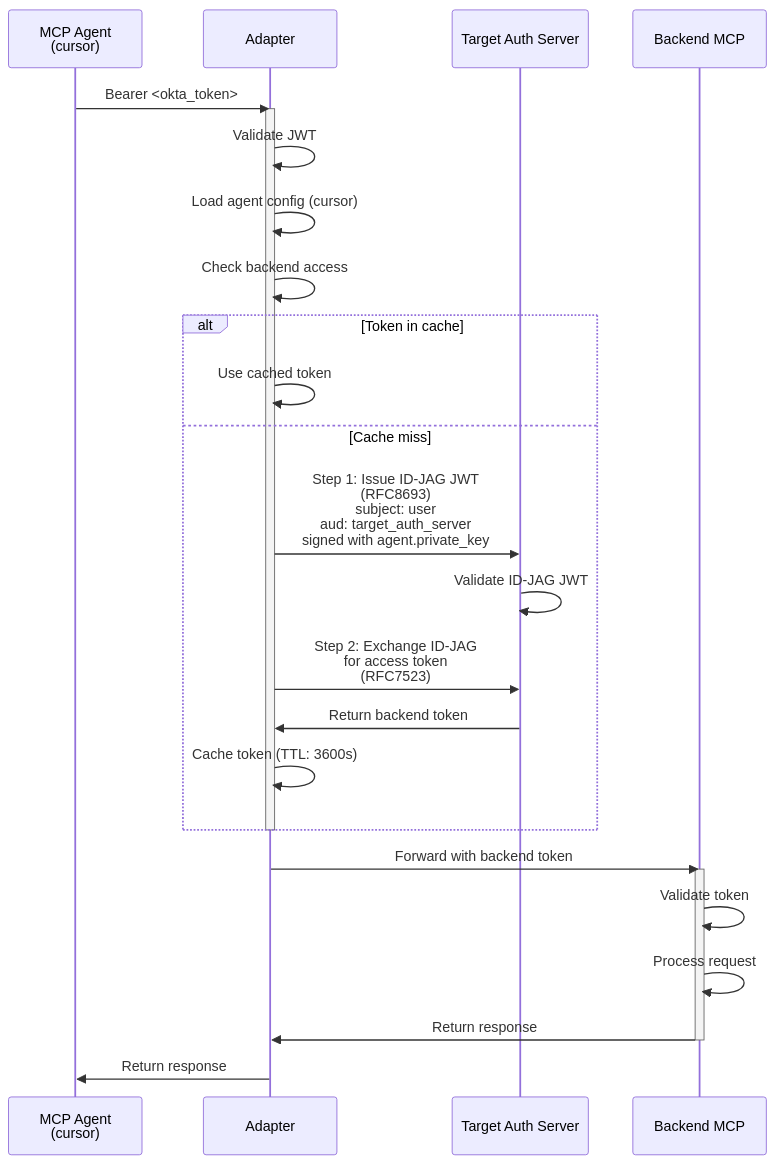
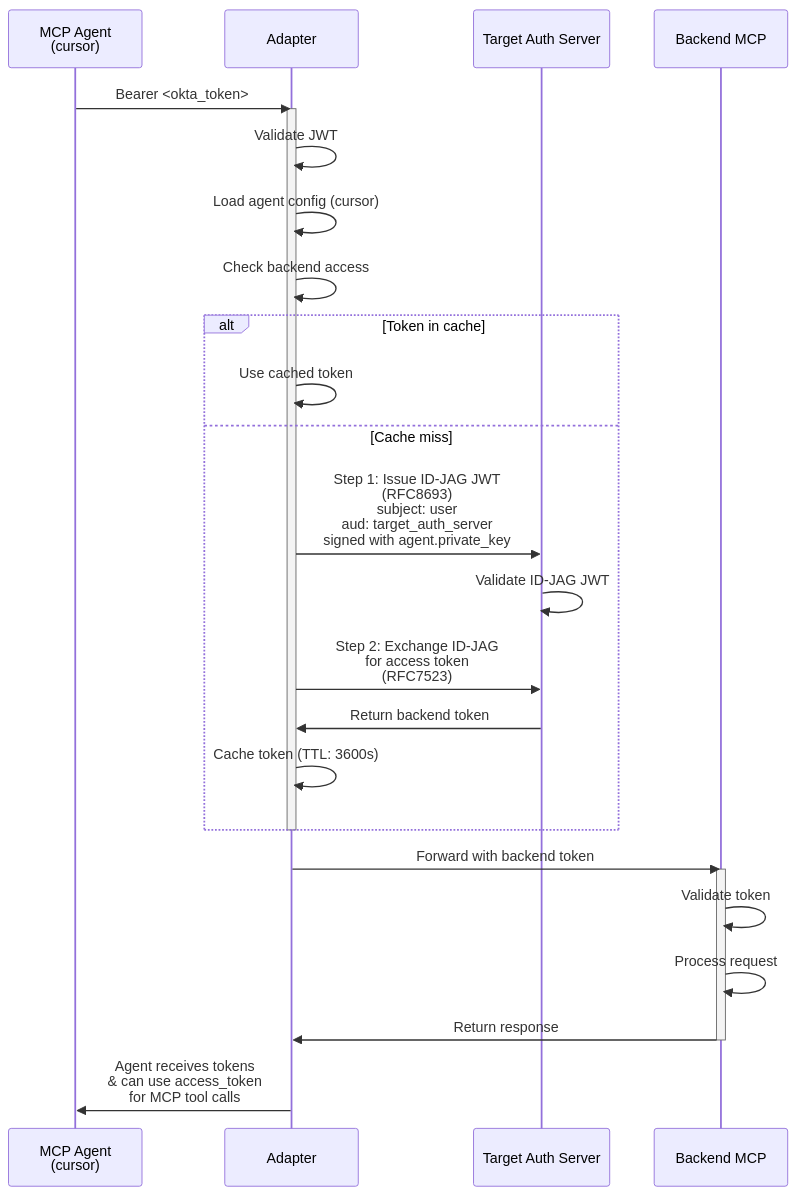
Before and after one commit to indranilokg/okta-agent-mcp-adapter: the second of 4 diagrams in docs/ARCHITECTURE_DIAGRAM.md, drawn with Mermaid. The commit also changed other lines of this file and 1 other file, not shown here.

Commit message:
Sequence Flow

````diff
--- a/docs/ARCHITECTURE_DIAGRAM.md
+++ b/docs/ARCHITECTURE_DIAGRAM.md
@@ -254,36 +254,36 @@
 ```mermaid
 sequenceDiagram
     participant Agent as MCP Agent<br/>(cursor)
     participant Adapter as Adapter
     participant TargetAuth as Target Auth Server
     participant Backend as Backend MCP
     
     Agent->>Adapter: Bearer <okta_token>
     activate Adapter
     
     Adapter->>Adapter: Validate JWT
     Adapter->>Adapter: Load agent config (cursor)
     Adapter->>Adapter: Check backend access
     
     alt Token in cache
         Adapter->>Adapter: Use cached token
     else Cache miss
         Adapter->>TargetAuth: Step 1: Issue ID-JAG JWT<br/>(RFC8693)<br/>subject: user<br/>aud: target_auth_server<br/>signed with agent.private_key
         TargetAuth->>TargetAuth: Validate ID-JAG JWT
         
         Adapter->>TargetAuth: Step 2: Exchange ID-JAG<br/>for access token<br/>(RFC7523)
         TargetAuth->>Adapter: Return backend token
         Adapter->>Adapter: Cache token (TTL: 3600s)
     end
     
     deactivate Adapter
     
     Adapter->>Backend: Forward with backend token
     activate Backend
     Backend->>Backend: Validate token
     Backend->>Backend: Process request
     Backend->>Adapter: Return response
     deactivate Backend
     
-    Adapter->>Agent: Return response
+    Adapter->>Agent: Agent receives tokens<br/>& can use access_token<br/>for MCP tool calls
 ```
````
